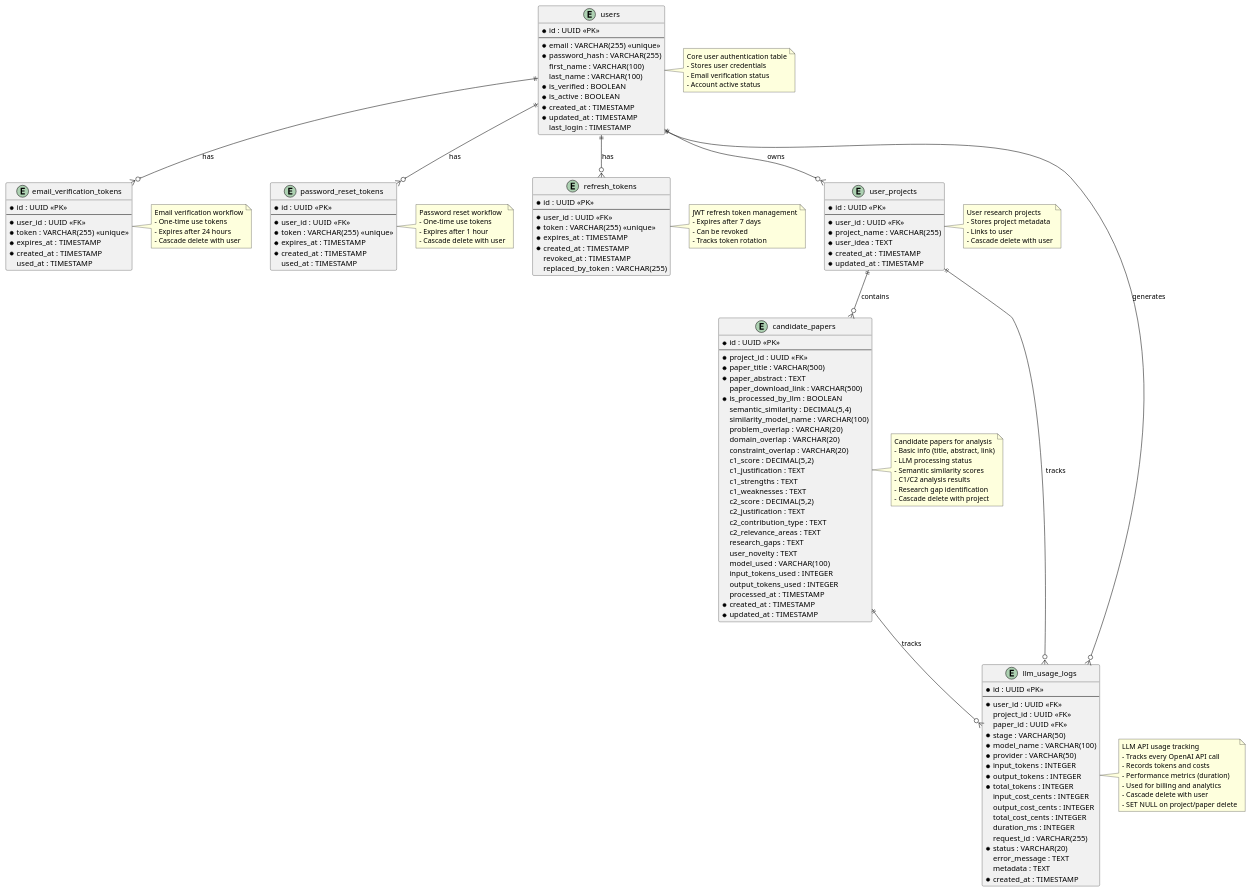
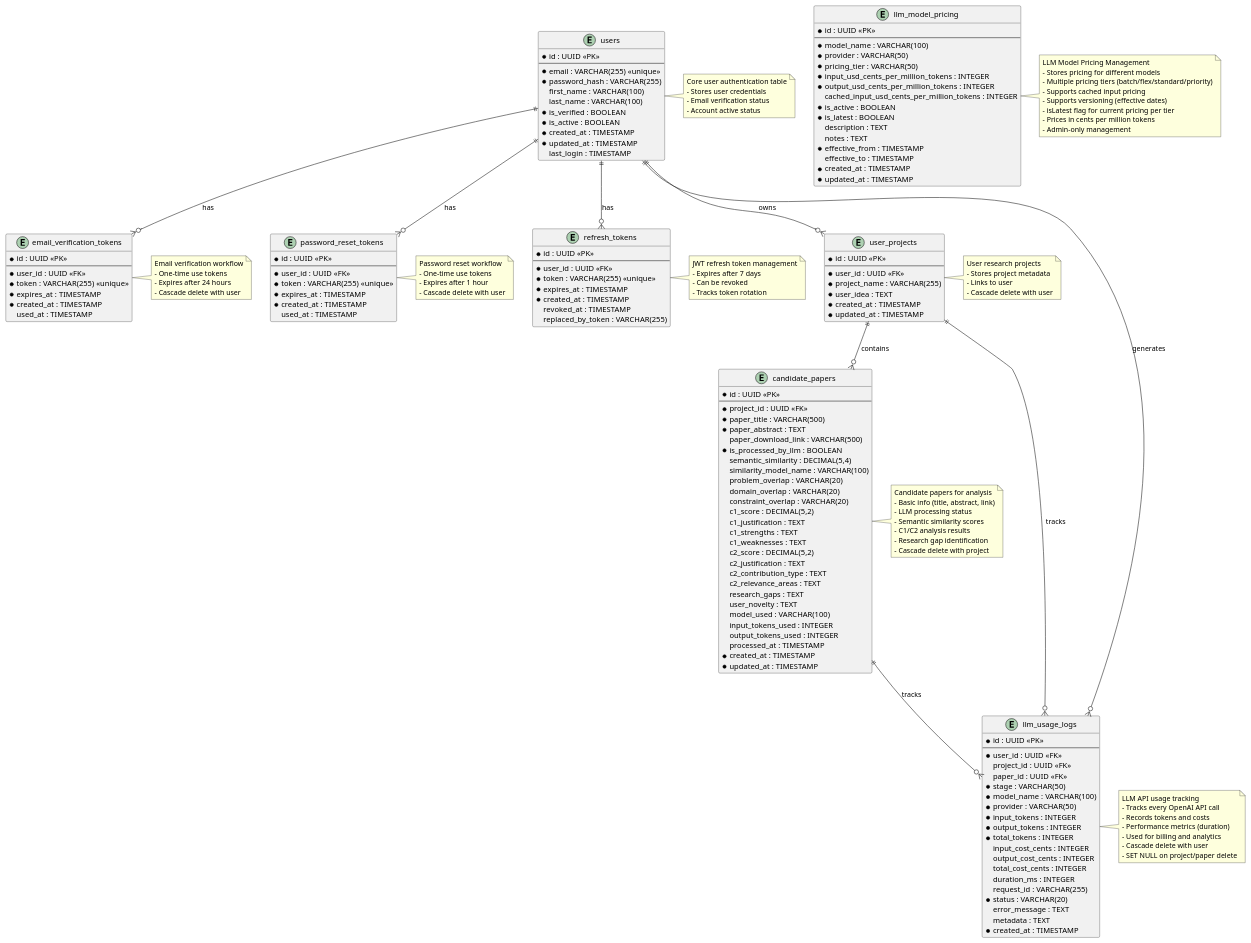
Before and after one commit to BidyutSaha/AgentR: the diagram in documentation/diagrams/database-er-diagram.puml, drawn with PlantUML. The commit also changed 15 other files, not shown here.

Commit message:
llm-pricing-table-added

```diff
--- a/documentation/diagrams/database-er-diagram.puml
+++ b/documentation/diagrams/database-er-diagram.puml
@@ -4,7 +4,7 @@
 ' Literature Review System - Database ER Diagram
 ' ============================================================================
 ' This diagram shows all database tables and their relationships
-' Last Updated: 2025-12-31
+' Last Updated: 2026-01-01
 ' ============================================================================
 
 ' Entity definitions
@@ -95,6 +95,25 @@
   * updated_at : TIMESTAMP
 }
 
+entity "llm_model_pricing" as model_pricing {
+  * id : UUID <<PK>>
+  --
+  * model_name : VARCHAR(100)
+  * provider : VARCHAR(50)
+  * pricing_tier : VARCHAR(50)
+  * input_usd_cents_per_million_tokens : INTEGER
+  * output_usd_cents_per_million_tokens : INTEGER
+  cached_input_usd_cents_per_million_tokens : INTEGER
+  * is_active : BOOLEAN
+  * is_latest : BOOLEAN
+  description : TEXT
+  notes : TEXT
+  * effective_from : TIMESTAMP
+  effective_to : TIMESTAMP
+  * created_at : TIMESTAMP
+  * updated_at : TIMESTAMP
+}
+
 entity "llm_usage_logs" as llm_logs {
   * id : UUID <<PK>>
   --
@@ -176,6 +195,17 @@
   - Cascade delete with project
 end note
 
+note right of model_pricing
+  LLM Model Pricing Management
+  - Stores pricing for different models
+  - Multiple pricing tiers (batch/flex/standard/priority)
+  - Supports cached input pricing
+  - Supports versioning (effective dates)
+  - isLatest flag for current pricing per tier
+  - Prices in cents per million tokens
+  - Admin-only management
+end note
+
 note right of llm_logs
   LLM API usage tracking
   - Tracks every OpenAI API call
```
